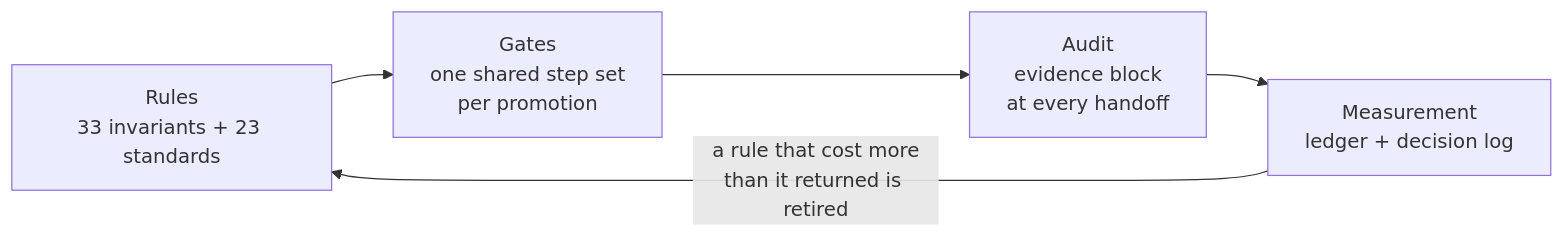
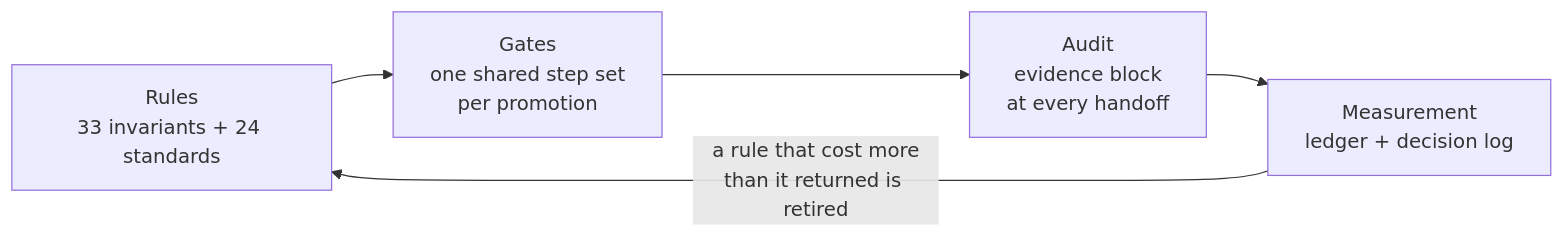
One commit to adyusuf/claude-code-standards changed the first of 4 diagrams in README.md. Above: the diagram before and after it, drawn with Mermaid. The commit also changed other lines of this file and 4 other files, not shown here.

First line of the commit message:
docs(standards): move 00 §13/§13a to 23-delivery-flow-tuning.md (#9)

````diff
--- a/README.md
+++ b/README.md
@@ -186,7 +186,7 @@
 ```mermaid
 flowchart LR
-    R["Rules<br/>33 invariants + 23 standards"] --> G["Gates<br/>one shared step set<br/>per promotion"]
+    R["Rules<br/>33 invariants + 24 standards"] --> G["Gates<br/>one shared step set<br/>per promotion"]
     G --> A["Audit<br/>evidence block<br/>at every handoff"]
     A --> M["Measurement<br/>ledger + decision log"]
     M -->|"a rule that cost more<br/>than it returned is retired"| R
 ```
````
